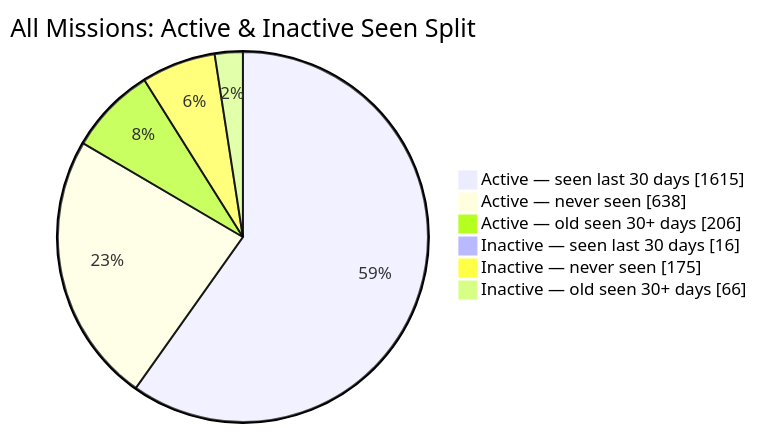
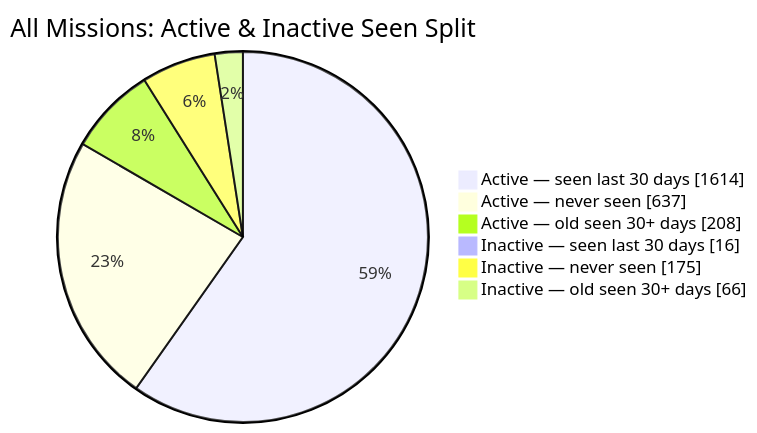
Before and after one commit to MeldkamerspelGameTeam/active-missions: the second of 2 diagrams in README.md, drawn with Mermaid. The commit also changed other lines of this file and 4 other files, not shown here.

````diff
--- a/README.md
+++ b/README.md
@@ -44,10 +44,10 @@
 ```mermaid
 pie showData
     title All Missions: Active & Inactive Seen Split
-    "Active — seen last 30 days" : 1615
-    "Active — never seen" : 638
-    "Active — old seen 30+ days" : 206
+    "Active — seen last 30 days" : 1614
+    "Active — never seen" : 637
+    "Active — old seen 30+ days" : 208
     "Inactive — seen last 30 days" : 16
     "Inactive — never seen" : 175
     "Inactive — old seen 30+ days" : 66
 ```
````
